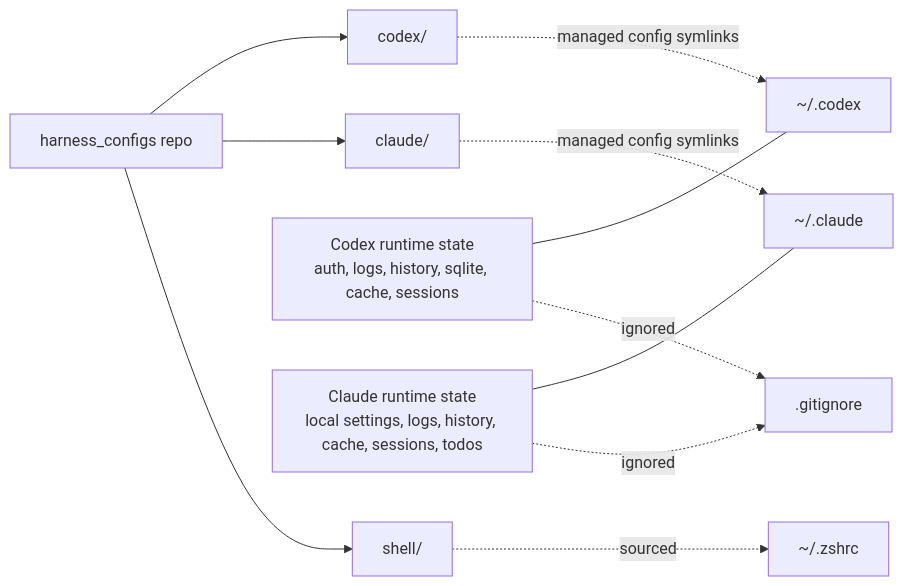
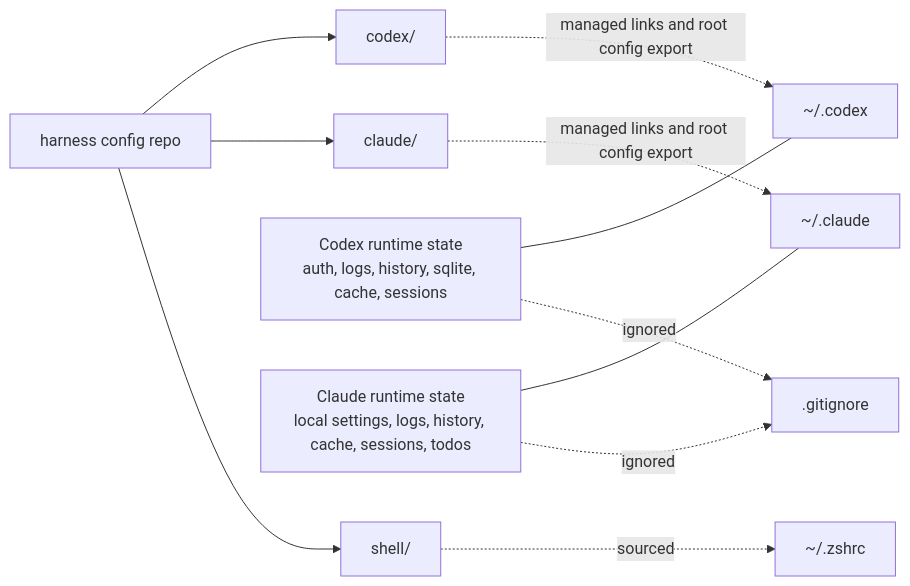
The first of 2 diagrams in docs/reference/services/architecture.md (kirinmurphy/agent_harness_configs), drawn with Mermaid before and after one commit. The commit also changed other lines of this file and 52 other files, not shown here.

````diff
--- a/docs/reference/services/architecture.md
+++ b/docs/reference/services/architecture.md
@@ -5,27 +5,27 @@
 ```mermaid
 flowchart LR
-  repo["harness_configs repo"]
+  repo["harness config repo"]
   codexRepo["codex/"]
   claudeRepo["claude/"]
   codexHome["~/.codex"]
   claudeHome["~/.claude"]
   codexRuntime["Codex runtime state<br/>auth, logs, history, sqlite, cache, sessions"]
   claudeRuntime["Claude runtime state<br/>local settings, logs, history, cache, sessions, todos"]
 
   repo --> codexRepo
   repo --> claudeRepo
 
-  codexRepo -. managed config symlinks .-> codexHome
-  claudeRepo -. managed config symlinks .-> claudeHome
+  codexRepo -. managed links and root config export .-> codexHome
+  claudeRepo -. managed links and root config export .-> claudeHome
 
   codexRuntime --- codexHome
   claudeRuntime --- claudeHome
 
   codexRuntime -. ignored .-> gitignore[".gitignore"]
   claudeRuntime -. ignored .-> gitignore
 
   shellRepo["shell/"]
   zshrc["~/.zshrc"]
   repo --> shellRepo
   shellRepo -. sourced .-> zshrc
 ```
````
